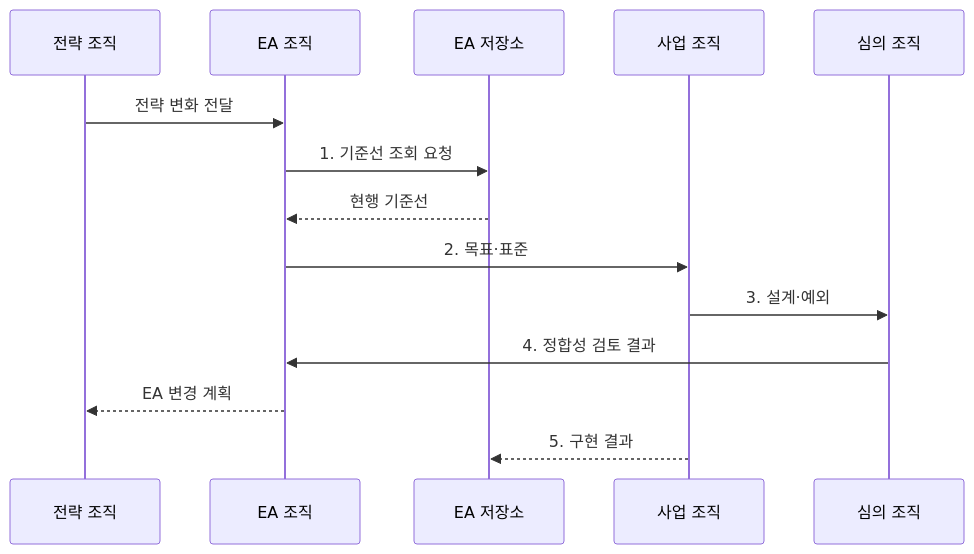
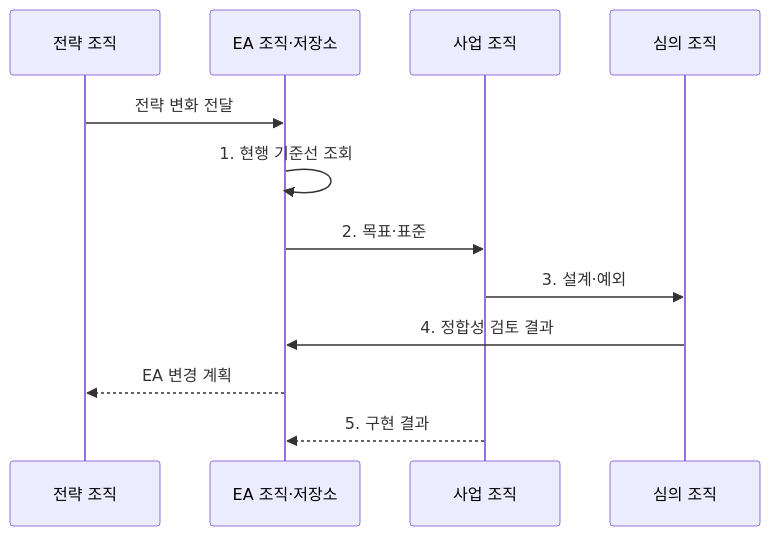
Before and after one commit to agnusdei1207/knowledge-base: the second of 2 diagrams in src/content/docs/notes/03-software/189_enterprise_architecture.md, drawn with Mermaid. The commit also changed 9 other files, not shown here.

Commit message:
Focus governance and assurance diagrams

````diff
--- a/src/content/docs/notes/03-software/189_enterprise_architecture.md
+++ b/src/content/docs/notes/03-software/189_enterprise_architecture.md
@@ -97,16 +97,14 @@
 ```mermaid
 sequenceDiagram
     participant S as 전략 조직
-    participant E as EA 조직
-    participant R as EA 저장소
+    participant E as EA 조직·저장소
     participant P as 사업 조직
     participant G as 심의 조직
     S->>E: 전략 변화 전달
-    E->>R: 1. 기준선 조회 요청
-    R-->>E: 현행 기준선
+    E->>E: 1. 현행 기준선 조회
     E->>P: 2. 목표·표준
     P->>G: 3. 설계·예외
     G->>E: 4. 정합성 검토 결과
     E-->>S: EA 변경 계획
-    P-->>R: 5. 구현 결과
+    P-->>E: 5. 구현 결과
 ```
````
